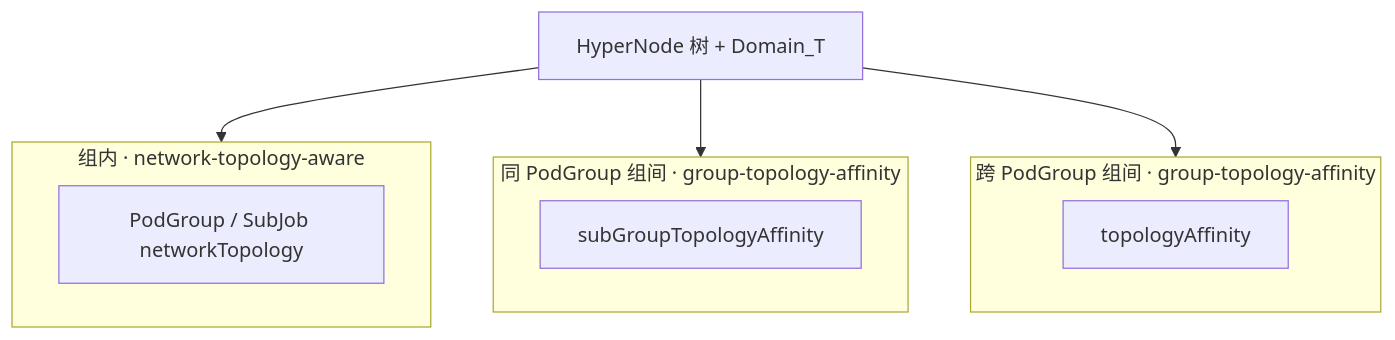
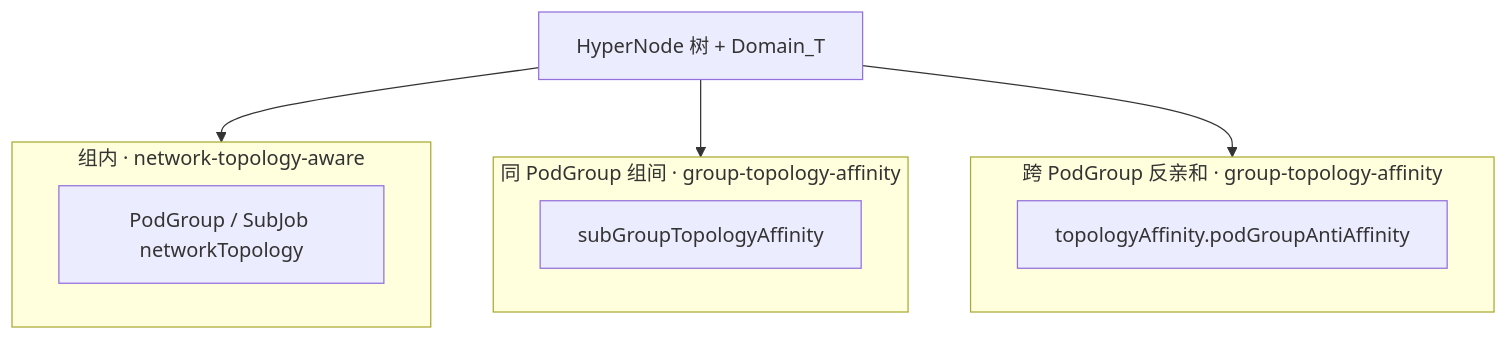
One commit to wangyang0616/volcano changed the first of 38 diagrams in docs/design/group-topology-affinity.md. Above: the diagram before and after it, drawn with Mermaid. The commit also changed other lines of this file, not shown here.

First line of the commit message:
docs: clarify subGroup anti-affinity API and separation tier fields

````diff
--- a/docs/design/group-topology-affinity.md
+++ b/docs/design/group-topology-affinity.md
@@ -56,15 +62,15 @@
 ```mermaid
 flowchart TB
     subgraph L1 ["组内 · network-topology-aware"]
         A1["PodGroup / SubJob networkTopology"]
     end
     subgraph L2 ["同 PodGroup 组间 · group-topology-affinity"]
         A2["subGroupTopologyAffinity"]
     end
-    subgraph L3 ["跨 PodGroup 组间 · group-topology-affinity"]
-        A3["topologyAffinity"]
+    subgraph L3 ["跨 PodGroup 反亲和 · group-topology-affinity"]
+        A3["topologyAffinity.podGroupAntiAffinity"]
     end
     R["HyperNode 树 + Domain_T"] --> L1
     R --> L2
     R --> L3
 ```
````
